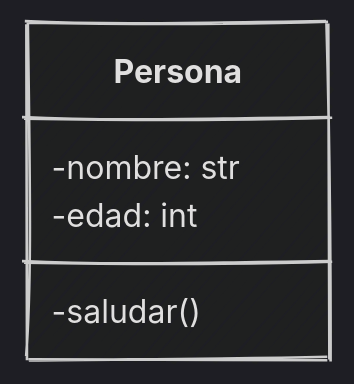
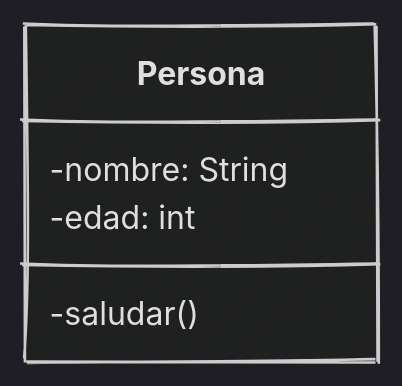
One commit to python-la-paz/python-study-group-oop changed the seventh of 12 diagrams in content/sesion04/Readme.md. Above: the diagram before and after it, drawn with Mermaid. The commit also changed other lines of this file and 3 other files, not shown here.

````diff
--- a/content/sesion04/Readme.md
+++ b/content/sesion04/Readme.md
@@ -736,9 +740,9 @@
 ```mermaid
 %%{init: {"theme": "dark", "look": "handDrawn" }}%%
 classDiagram
     class Persona {
-        -nombre: str
+        -nombre: String
         -edad: int
         -saludar()
     }
 ```
````
